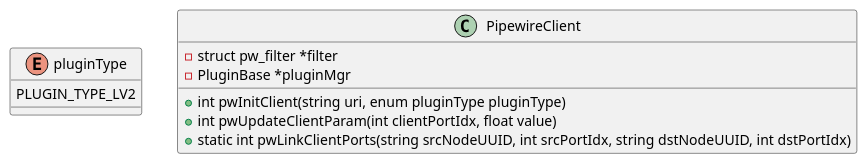
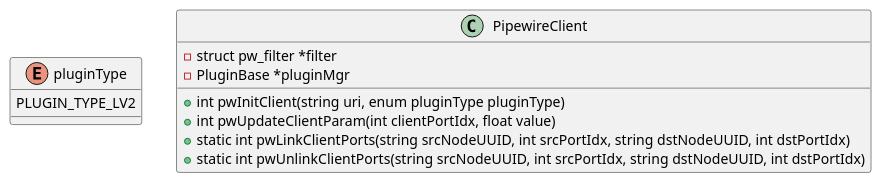
The fifth of 12 diagrams in doc/design.org (abhimanyu-g/calicofx-core), drawn with PlantUML before and after one commit. The commit also changed other lines of this file, not shown here.

First line of the commit message:
[doc] Unlink between 2 nodes

```diff
--- a/doc/design.org
+++ b/doc/design.org
@@ -109,14 +110,15 @@
 #+begin_src plantuml :file /tmp/calicofx-pw-client-class-dig.png
   @startuml
   enum pluginType{
         PLUGIN_TYPE_LV2
   }
   class PipewireClient{
         -struct pw_filter *filter
         -PluginBase *pluginMgr
         +int pwInitClient(string uri, enum pluginType pluginType)
         +int pwUpdateClientParam(int clientPortIdx, float value)
         +static int pwLinkClientPorts(string srcNodeUUID, int srcPortIdx, string dstNodeUUID, int dstPortIdx)
+        +static int pwUnlinkClientPorts(string srcNodeUUID, int srcPortIdx, string dstNodeUUID, int dstPortIdx)
   }
   @enduml
 #+end_src
```
